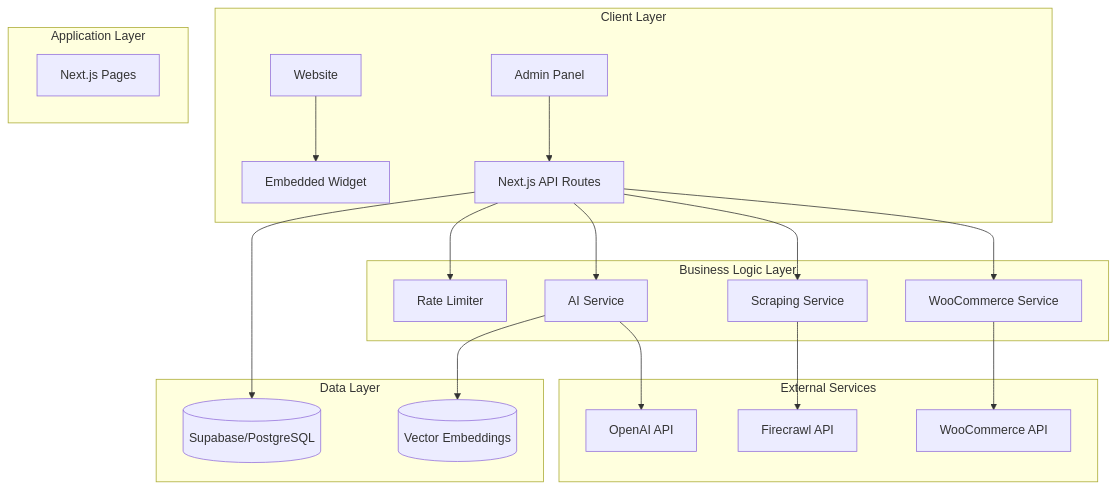
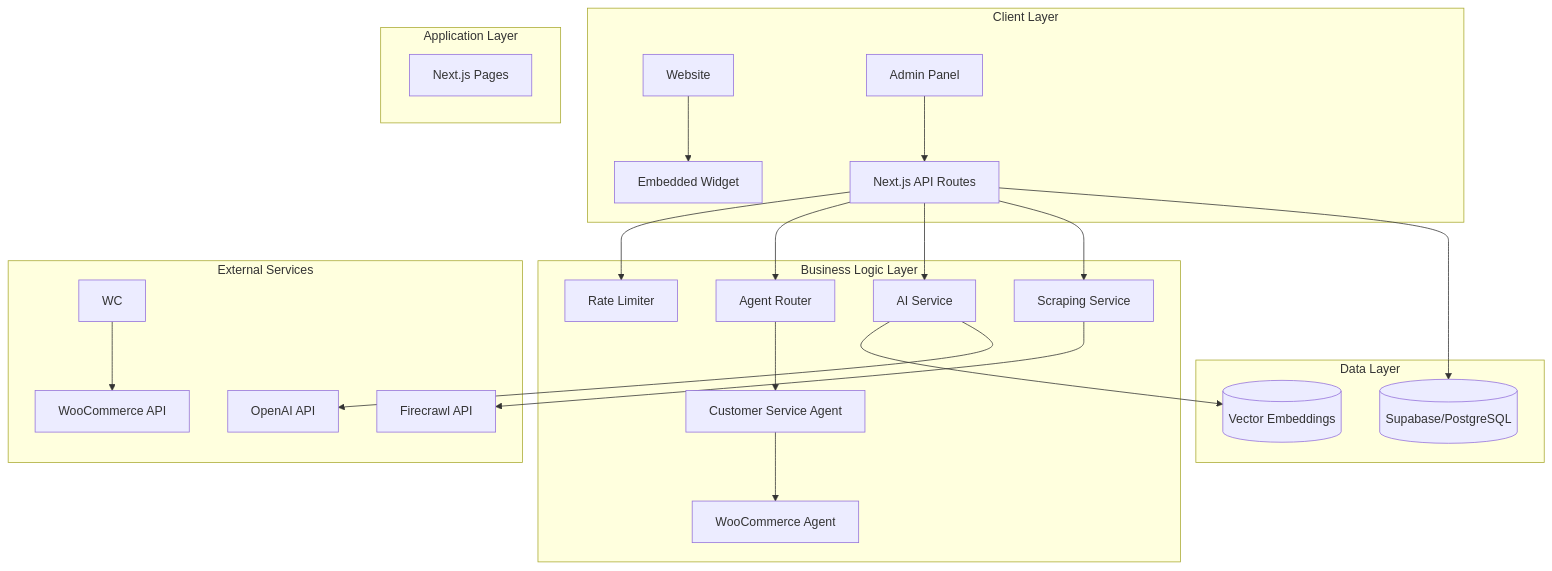
Before and after one commit to IDLEcreative/Omniops: the diagram in docs/ARCHITECTURE.md, drawn with Mermaid. The commit also changed other lines of this file and 8 other files, not shown here.

Commit message:
feat(agents): introduce modular agent layer with CustomerServiceAgent and WooCommerceAgent; route chat to provider agent when WooCommerce enabled; add docs and legacy shim

````diff
--- a/docs/ARCHITECTURE.md
+++ b/docs/ARCHITECTURE.md
@@ -9,30 +9,32 @@
 ```mermaid
 graph TB
     subgraph "Client Layer"
         W[Website] --> E[Embedded Widget]
         A[Admin Panel] --> API
     end
     
     subgraph "Application Layer"
         API[Next.js API Routes]
         SSR[Next.js Pages]
     end
     
     subgraph "Business Logic Layer"
         API --> RL[Rate Limiter]
-        API --> WC[WooCommerce Service]
+        API --> AG[Agent Router]
+        AG --> CSA[Customer Service Agent]
+        CSA --> WAG[WooCommerce Agent]
         API --> AI[AI Service]
         API --> SC[Scraping Service]
     end
     
     subgraph "Data Layer"
         API --> SB[(Supabase/PostgreSQL)]
         AI --> EMB[(Vector Embeddings)]
     end
     
     subgraph "External Services"
         AI --> OAI[OpenAI API]
         SC --> FC[Firecrawl API]
         WC --> WCAPI[WooCommerce API]
     end
 ```
````
